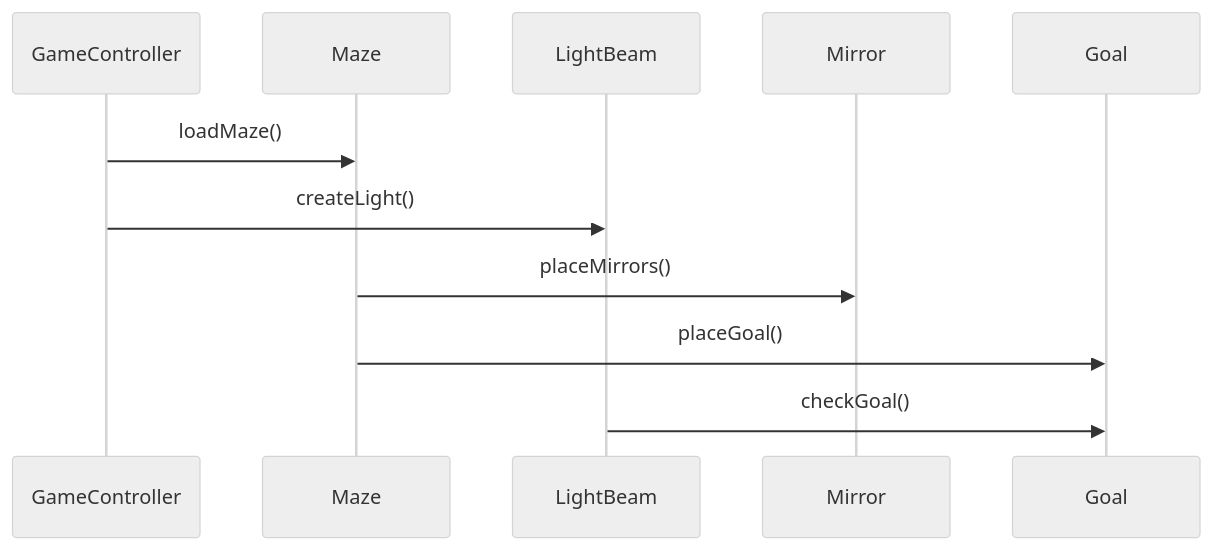
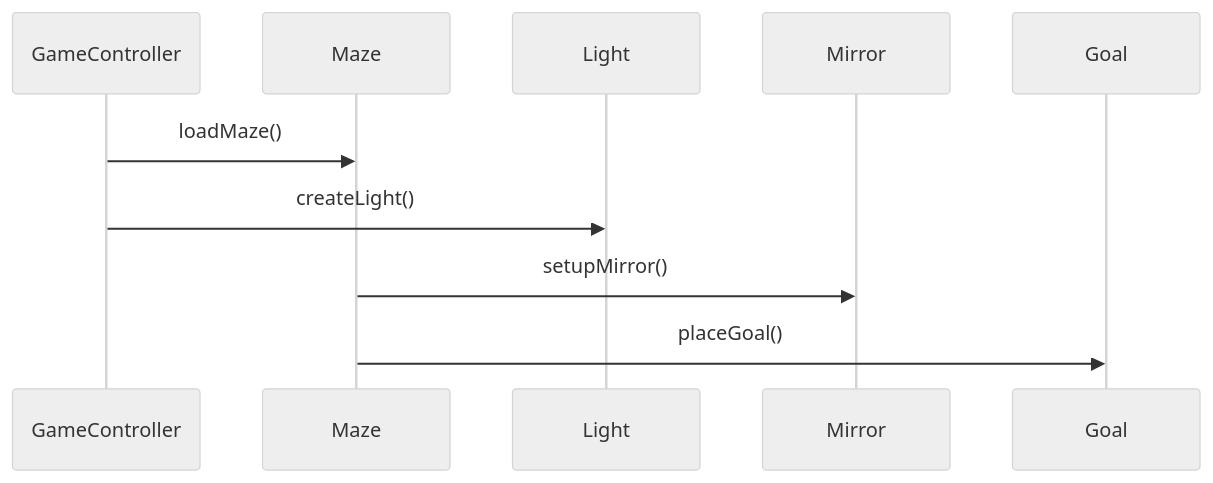
One commit to Fidele135/w0516590-Midterm changed the diagram in docs/uml/initialization_state_sequence_diagram.mmd. Above: the diagram before and after it, drawn with Mermaid (neutral theme). The commit also changed 2 other files, not shown here.

```diff
--- a/docs/uml/initialization_state_sequence_diagram.mmd
+++ b/docs/uml/initialization_state_sequence_diagram.mmd
@@ -1,7 +1,6 @@
 sequenceDiagram
 
 GameController->>Maze: loadMaze()
-GameController->>LightBeam: createLight()
-Maze->>Mirror: placeMirrors()
+GameController->>Light: createLight()
+Maze->>Mirror: setupMirror()
 Maze->>Goal: placeGoal()
-LightBeam->>Goal: checkGoal()
```
